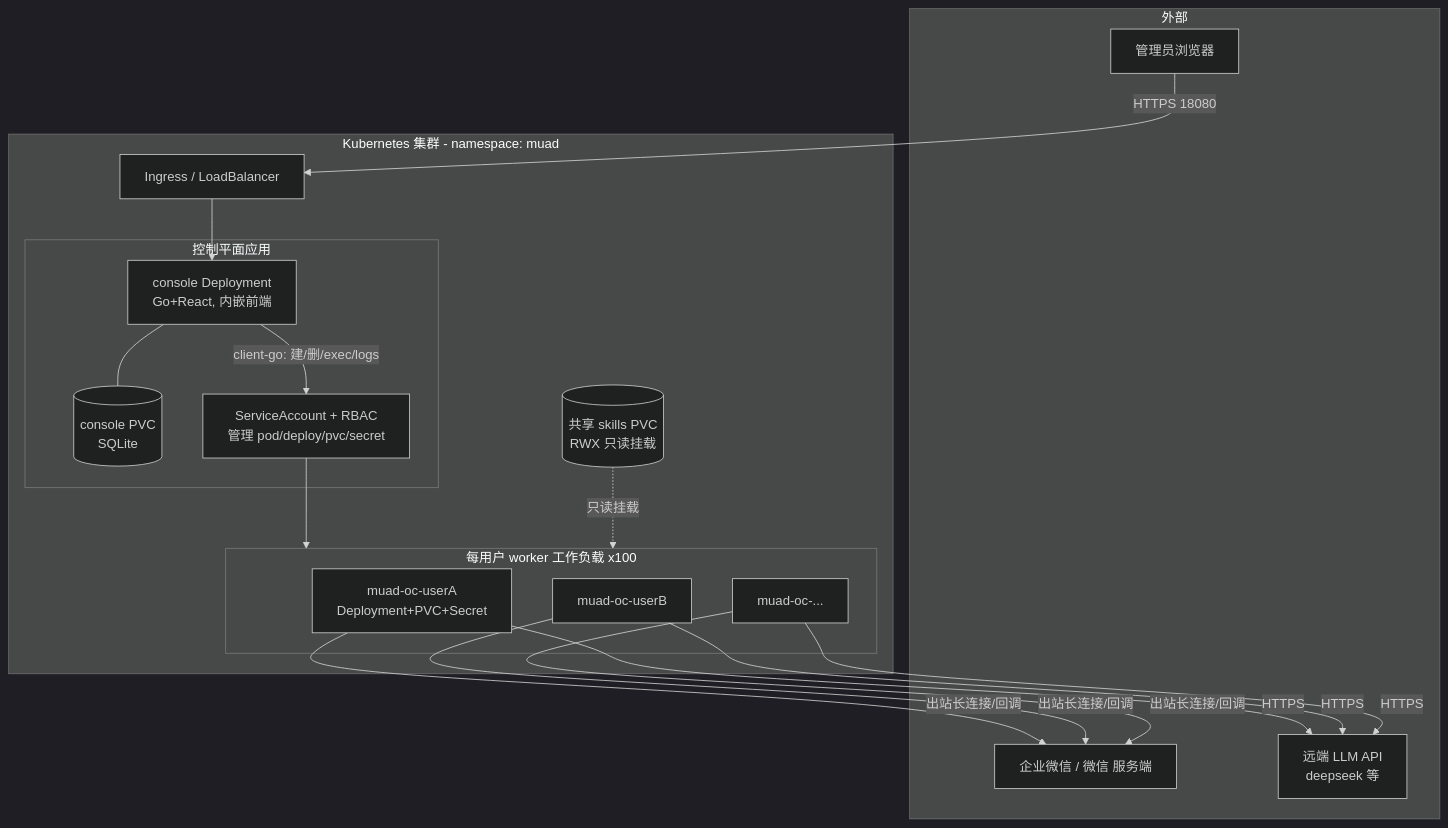
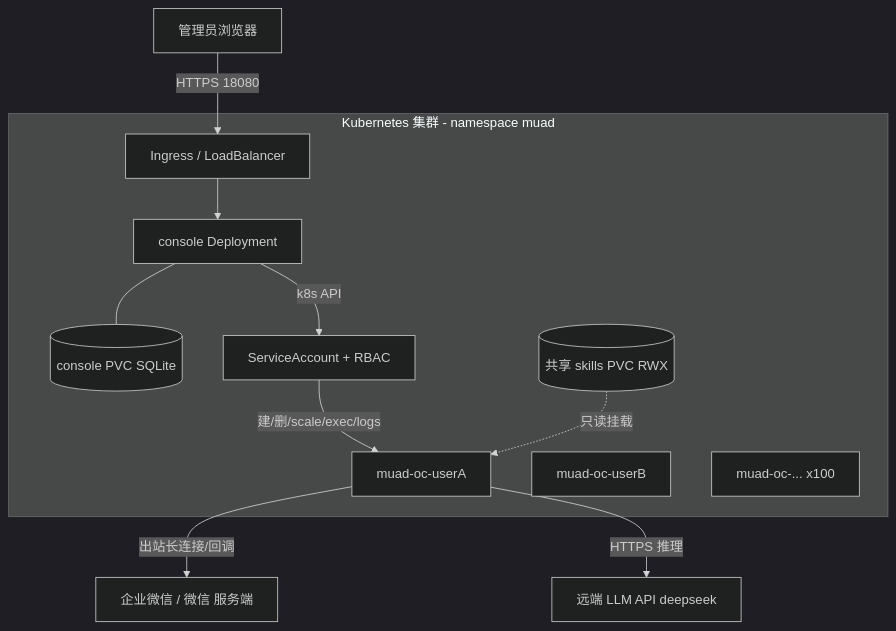
The diagram in docs/k8s-architecture-100users.md (Michaelxwb/muad-openclaw), drawn with Mermaid (dark theme) before and after one commit. The commit also changed other lines of this file and 1 other file, not shown here.

Commit message:
docs: 架构图改用 PNG 渲染（修复 mermaid 不显示）
部分 markdown 预览不渲染 mermaid（且原图用了 &/连 subgraph 语法易失败）。
改为内嵌 docs/k8s-architecture.png（Pillow 绘制），mermaid 源码移入 <details>
并简化为标准语法作为可编辑备份。

````diff
--- a/docs/k8s-architecture-100users.md
+++ b/docs/k8s-architecture-100users.md
@@ -39,30 +44,26 @@
 ```mermaid
 flowchart TB
-  subgraph ext[外部]
-    WX[企业微信 / 微信 服务端]
-    LLM[远端 LLM API<br/>deepseek 等]
-    ADM[管理员浏览器]
+  ADM[管理员浏览器]
+  WX[企业微信 / 微信 服务端]
+  LLM[远端 LLM API deepseek]
+
+  subgraph cluster[Kubernetes 集群 - namespace muad]
+    ING[Ingress / LoadBalancer]
+    CON[console Deployment]
+    CDB[(console PVC SQLite)]
+    SA[ServiceAccount + RBAC]
+    W1[muad-oc-userA]
+    W2[muad-oc-userB]
+    Wn[muad-oc-... x100]
+    SK[(共享 skills PVC RWX)]
   end
 
-  subgraph cluster[Kubernetes 集群 - namespace: muad]
-    ING[Ingress / LoadBalancer]
-    subgraph ctl[控制平面应用]
-      CON[console Deployment<br/>Go+React, 内嵌前端]
-      CDB[(console PVC<br/>SQLite)]
-      SA[ServiceAccount + RBAC<br/>管理 pod/deploy/pvc/secret]
-    end
-    subgraph workers[每用户 worker 工作负载 x100]
-      W1[muad-oc-userA<br/>Deployment+PVC+Secret]
-      W2[muad-oc-userB]
-      Wn[muad-oc-...]
-    end
-    SK[(共享 skills PVC<br/>RWX 只读挂载)]
-  end
-
-  ADM -->|HTTPS 18080| ING --> CON
+  ADM -->|HTTPS 18080| ING
+  ING --> CON
   CON --- CDB
-  CON -->|client-go: 建/删/exec/logs| SA --> workers
-  W1 & W2 & Wn -->|出站长连接/回调| WX
-  W1 & W2 & Wn -->|HTTPS| LLM
-  SK -. 只读挂载 .-> workers
+  CON -->|k8s API| SA
+  SA -->|建/删/scale/exec/logs| W1
+  W1 -->|出站长连接/回调| WX
+  W1 -->|HTTPS 推理| LLM
+  SK -.只读挂载.-> W1
 ```
````
